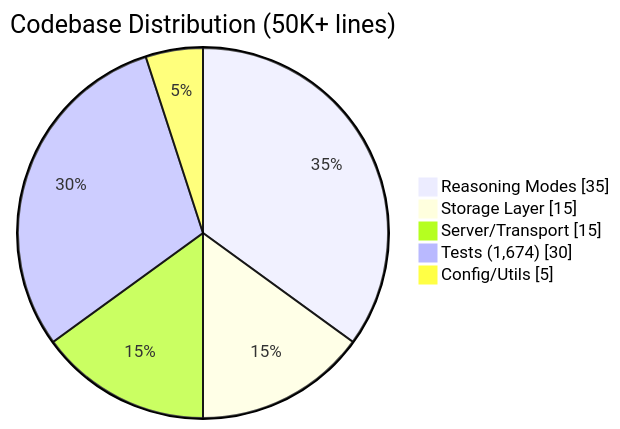
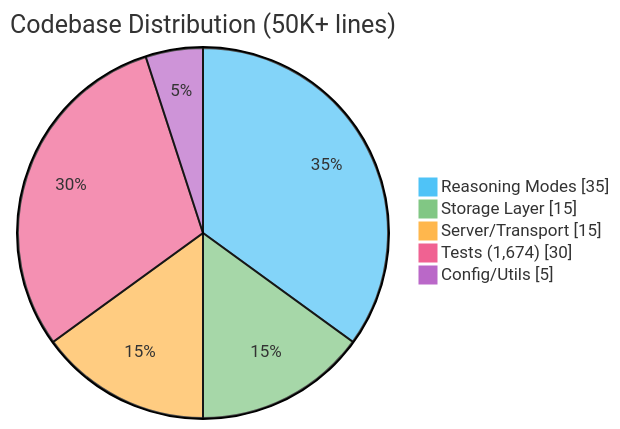
One commit to quanticsoul4772/mcp-reasoning changed the first of 6 diagrams in README.md. Above: the diagram before and after it, drawn with Mermaid.

Commit message:
docs: Fix pie chart colors for dark mode visibility
Use custom theme colors that are visible in both light and dark modes:
- Light blue, green, orange, pink, purple palette

🤖 Generated with [Claude Code](https://claude.com/claude-code)

````diff
--- a/README.md
+++ b/README.md
@@ -10,8 +10,9 @@
 ```mermaid
+%%{init: {'theme': 'base', 'themeVariables': {'pie1': '#4fc3f7', 'pie2': '#81c784', 'pie3': '#ffb74d', 'pie4': '#f06292', 'pie5': '#ba68c8'}}}%%
 pie showData title Codebase Distribution (50K+ lines)
     "Reasoning Modes" : 35
     "Storage Layer" : 15
     "Server/Transport" : 15
     "Tests (1,674)" : 30
     "Config/Utils" : 5
 ```
````
